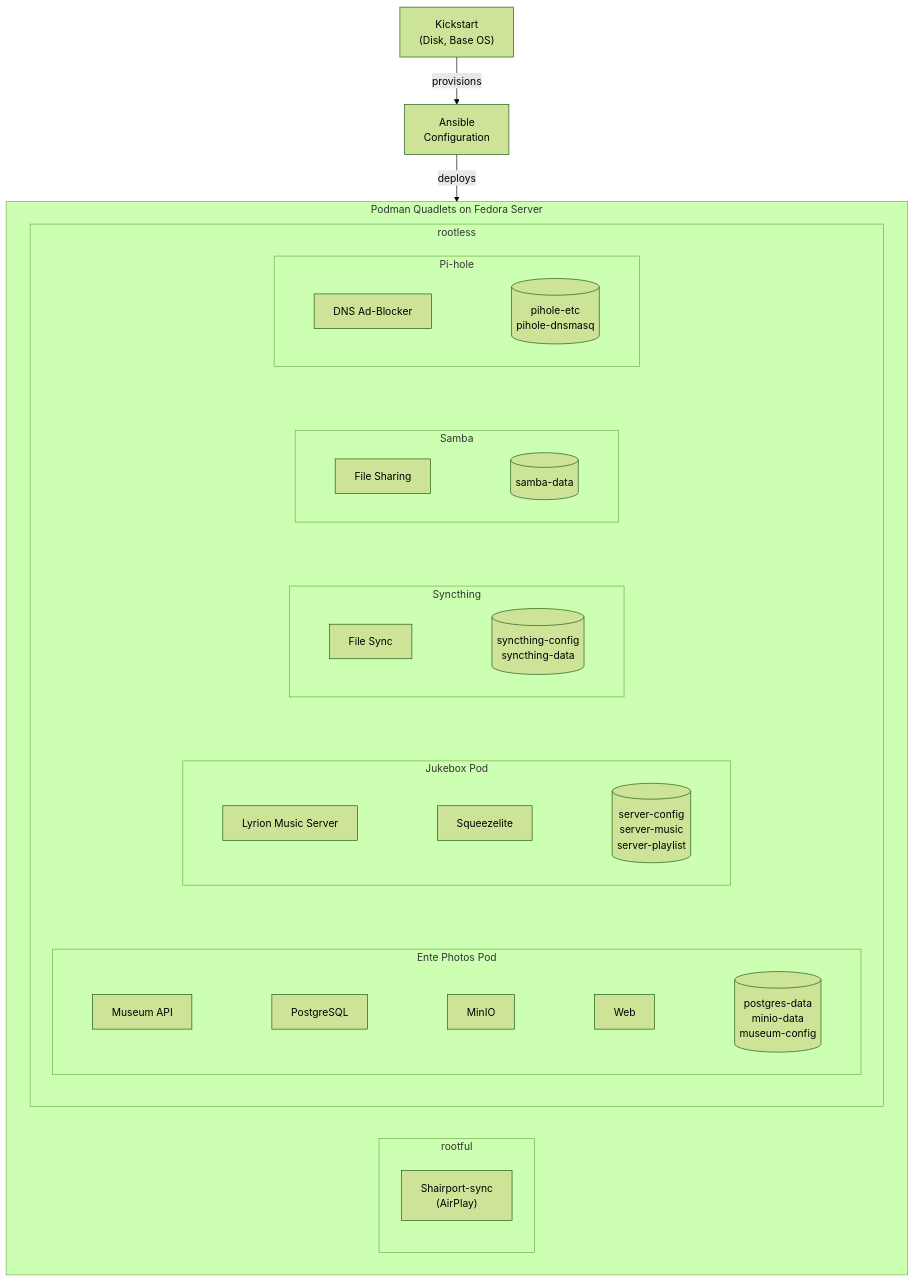
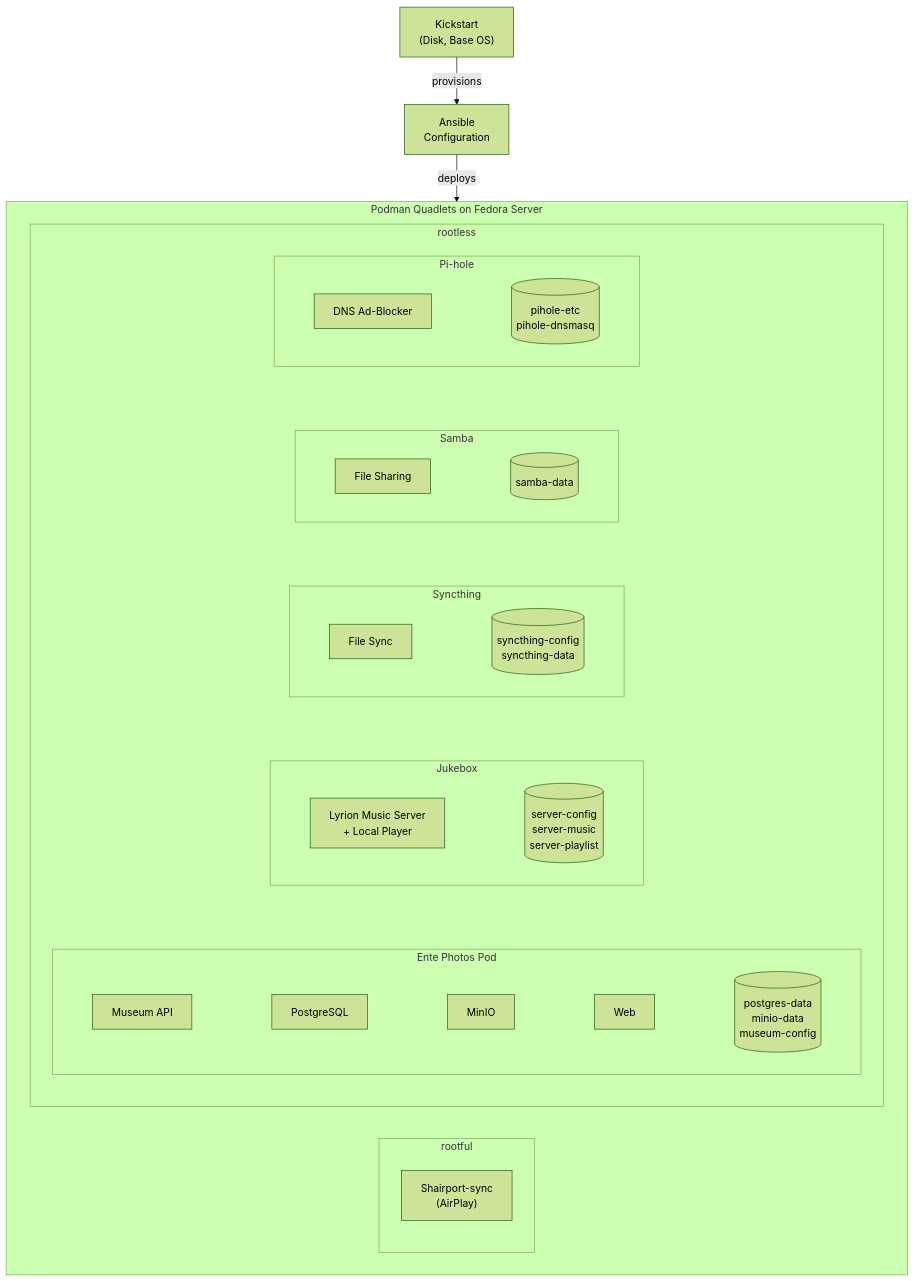
One commit to luckynrslevin/home-server changed the diagram in README.md. Above: the diagram before and after it, drawn with Mermaid (forest theme).

Commit message:
Update diagram: jukebox is now a single container, not a pod

````diff
--- a/README.md
+++ b/README.md
@@ -111,41 +111,41 @@
 ```mermaid
 graph TD
     KS["Kickstart<br/>(Disk, Base OS)"] -->|provisions| ANS["Ansible<br/>Configuration"]
     ANS -->|deploys| SERVICES
 
     subgraph SERVICES["Podman Quadlets on Fedora Server"]
 
         subgraph rootful
             SH["Shairport-sync<br/>(AirPlay)"]
         end
 
         subgraph rootless
             subgraph PH_S["Pi-hole"]
                 direction LR
                 PH["DNS Ad-Blocker"] ~~~ PH_V[("pihole-etc<br/>pihole-dnsmasq")]
             end
 
             subgraph SMB_S["Samba"]
                 direction LR
                 SMB["File Sharing"] ~~~ SMB_V[("samba-data")]
             end
 
             subgraph ST_S["Syncthing"]
                 direction LR
                 ST["File Sync"] ~~~ ST_V[("syncthing-config<br/>syncthing-data")]
             end
 
-            subgraph JB["Jukebox Pod"]
+            subgraph JB["Jukebox"]
                 direction LR
-                LMS["Lyrion Music Server"] ~~~ SL["Squeezelite"] ~~~ JB_V[("server-config<br/>server-music<br/>server-playlist")]
+                LMS["Lyrion Music Server<br/>+ Local Player"] ~~~ JB_V[("server-config<br/>server-music<br/>server-playlist")]
             end
 
             subgraph EP["Ente Photos Pod"]
                 direction LR
                 MUS["Museum API"] ~~~ PG["PostgreSQL"] ~~~ MIN["MinIO"] ~~~ WEB["Web"] ~~~ EP_V[("postgres-data<br/>minio-data<br/>museum-config")]
             end
 
             PH_S ~~~ SMB_S ~~~ ST_S ~~~ JB ~~~ EP
         end
     end
 ```
````
